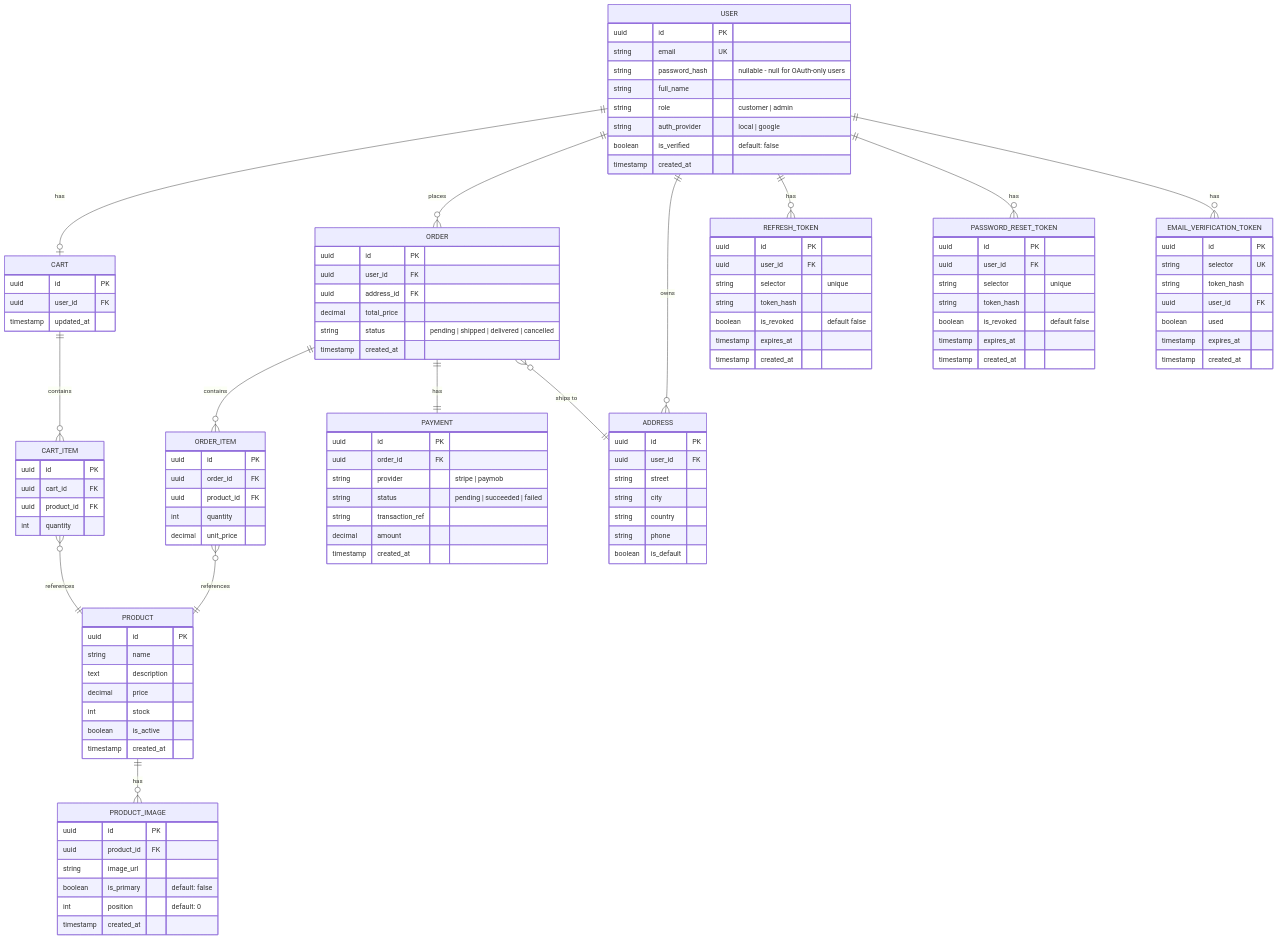
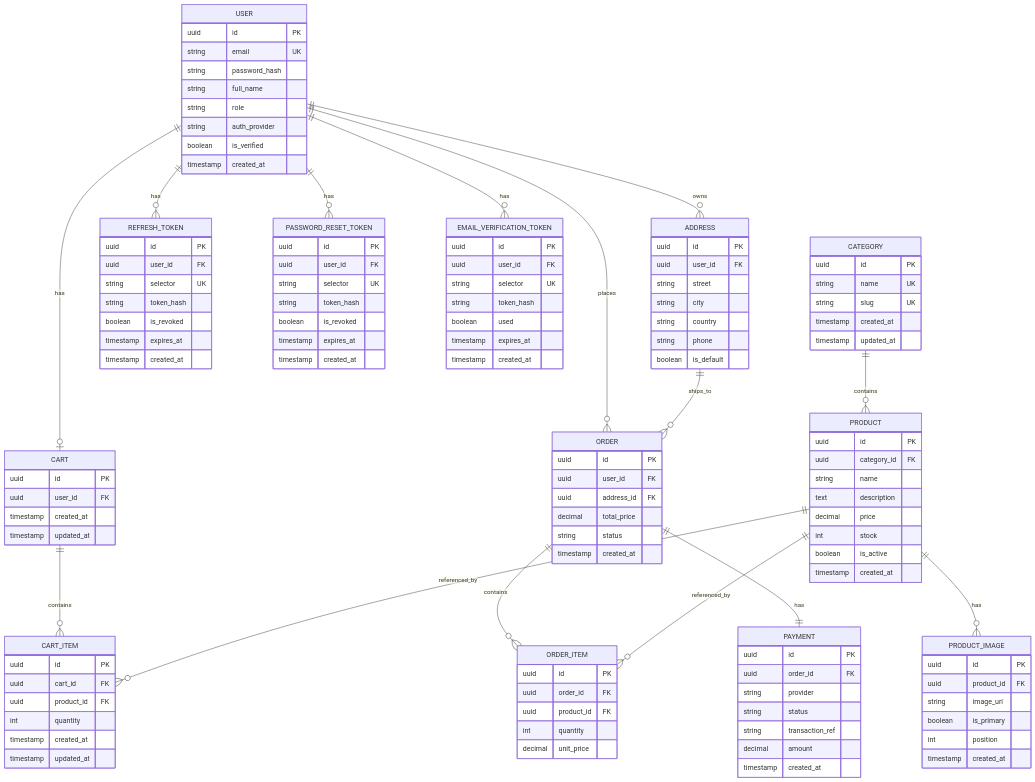
One commit to OsamaElshaer/ecommerce-store changed the diagram in docs/backend/ERD.md. Above: the diagram before and after it, drawn with Mermaid. The commit also changed other lines of this file and 16 other files, not shown here.

````diff
--- a/docs/backend/ERD.md
+++ b/docs/backend/ERD.md
@@ -3,27 +3,34 @@
 ```mermaid
+
 erDiagram
+
     USER ||--o| CART : has
     USER ||--o{ ORDER : places
     USER ||--o{ ADDRESS : owns
     USER ||--o{ REFRESH_TOKEN : has
     USER ||--o{ PASSWORD_RESET_TOKEN : has
     USER ||--o{ EMAIL_VERIFICATION_TOKEN : has
+
+    CATEGORY ||--o{ PRODUCT : contains
+    PRODUCT ||--o{ PRODUCT_IMAGE : has
+
     CART ||--o{ CART_ITEM : contains
-    CART_ITEM }o--|| PRODUCT : references
+    PRODUCT ||--o{ CART_ITEM : referenced_by
+
     ORDER ||--o{ ORDER_ITEM : contains
-    ORDER_ITEM }o--|| PRODUCT : references
+    PRODUCT ||--o{ ORDER_ITEM : referenced_by
+
     ORDER ||--|| PAYMENT : has
-    ORDER }o--|| ADDRESS : "ships to"
-    PRODUCT ||--o{ PRODUCT_IMAGE : has
+    ADDRESS ||--o{ ORDER : ships_to
 
     USER {
         uuid id PK
         string email UK
-        string password_hash "nullable - null for OAuth-only users"
+        string password_hash
         string full_name
-        string role "customer | admin"
-        string auth_provider "local | google"
-        boolean is_verified "default: false"
+        string role
+        string auth_provider
+        boolean is_verified
         timestamp created_at
     }
 
@@ -37,8 +44,17 @@
         boolean is_default
     }
 
+    CATEGORY {
+        uuid id PK
+        string name UK
+        string slug UK
+        timestamp created_at
+        timestamp updated_at
+    }
+
     PRODUCT {
         uuid id PK
+        uuid category_id FK
         string name
         text description
         decimal price
@@ -51,14 +67,15 @@
         uuid id PK
         uuid product_id FK
         string image_url
-        boolean is_primary "default: false"
-        int position "default: 0"
+        boolean is_primary
+        int position
         timestamp created_at
     }
 
     CART {
         uuid id PK
         uuid user_id FK
+        timestamp created_at
         timestamp updated_at
     }
 
@@ -67,6 +84,8 @@
         uuid cart_id FK
         uuid product_id FK
         int quantity
+        timestamp created_at
+        timestamp updated_at
     }
 
     ORDER {
@@ -74,7 +93,7 @@
         uuid user_id FK
         uuid address_id FK
         decimal total_price
-        string status "pending | shipped | delivered | cancelled"
+        string status
         timestamp created_at
     }
 
@@ -89,37 +108,40 @@
     PAYMENT {
         uuid id PK
         uuid order_id FK
-        string provider "stripe | paymob"
-        string status "pending | succeeded | failed"
+        string provider
+        string status
         string transaction_ref
         decimal amount
         timestamp created_at
     }
+
     REFRESH_TOKEN {
         uuid id PK
         uuid user_id FK
-        string selector "unique"
+        string selector UK
         string token_hash
-        boolean is_revoked "default false"
+        boolean is_revoked
         timestamp expires_at
         timestamp created_at
     }
+
     PASSWORD_RESET_TOKEN {
-    uuid id PK
-    uuid user_id FK
-    string selector "unique"
-    string token_hash
-    boolean is_revoked "default false"
-    timestamp expires_at
-    timestamp created_at
-}
-EMAIL_VERIFICATION_TOKEN {
-    uuid id PK
-    string selector UK
-    string token_hash
-    uuid user_id FK
-    boolean used
-    timestamp expires_at
-    timestamp created_at
-}
+        uuid id PK
+        uuid user_id FK
+        string selector UK
+        string token_hash
+        boolean is_revoked
+        timestamp expires_at
+        timestamp created_at
+    }
+
+    EMAIL_VERIFICATION_TOKEN {
+        uuid id PK
+        uuid user_id FK
+        string selector UK
+        string token_hash
+        boolean used
+        timestamp expires_at
+        timestamp created_at
+    }
 ```
````
